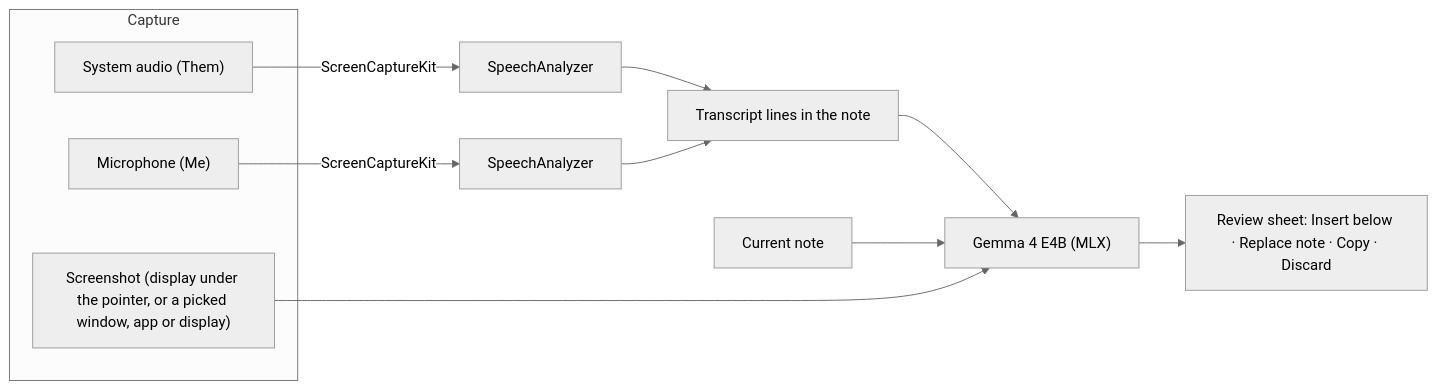
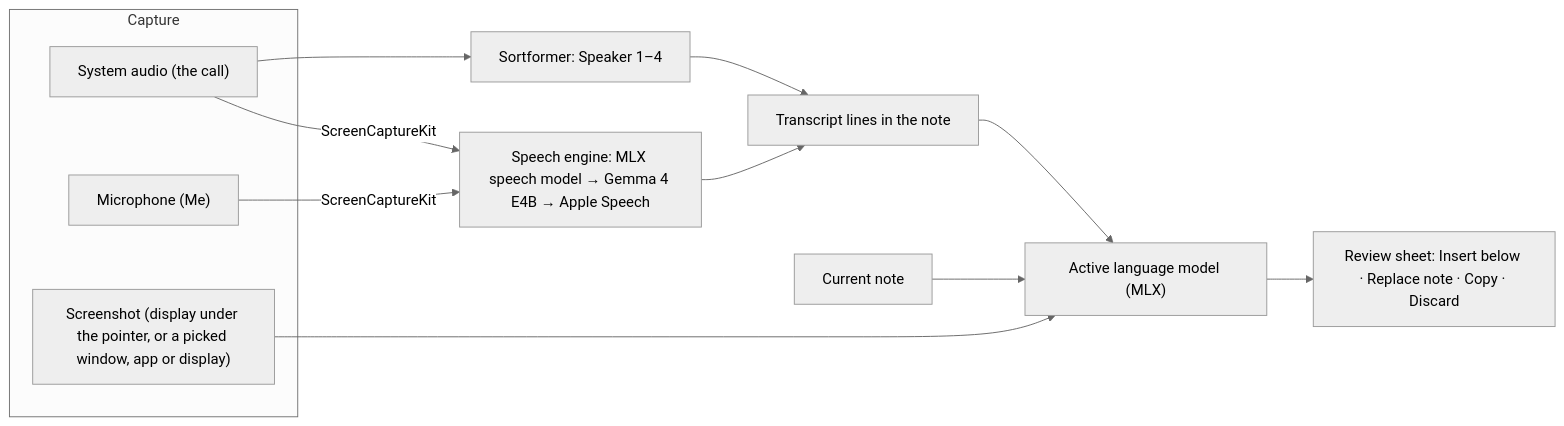
One commit to ItsReidar/brain-md changed the diagram in docs/local-ai.md. Above: the diagram before and after it, drawn with Mermaid (neutral theme). The commit also changed other lines of this file and 3 other files, not shown here.

Commit message:
docs: describe model catalog, speech engines and speaker labels

````diff
--- a/docs/local-ai.md
+++ b/docs/local-ai.md
@@ -5,16 +5,17 @@
 ```mermaid
 flowchart LR
   subgraph Capture
-    SYS["System audio (Them)"]
+    SYS["System audio (the call)"]
     MIC["Microphone (Me)"]
     SCR["Screenshot (display under the pointer, or a picked window, app or display)"]
   end
-  SYS -->|ScreenCaptureKit| SA1["SpeechAnalyzer"]
-  MIC -->|ScreenCaptureKit| SA2["SpeechAnalyzer"]
-  SA1 --> T["Transcript lines in the note"]
-  SA2 --> T
-  T --> G["Gemma 4 E4B (MLX)"]
+  SYS -->|ScreenCaptureKit| ENG["Speech engine: MLX speech model → Gemma 4 E4B → Apple Speech"]
+  MIC -->|ScreenCaptureKit| ENG
+  SYS --> DIA["Sortformer: Speaker 1–4"]
+  DIA --> T
+  ENG --> T["Transcript lines in the note"]
+  T --> G["Active language model (MLX)"]
   NOTE["Current note"] --> G
   SCR --> G
   G --> R["Review sheet: Insert below · Replace note · Copy · Discard"]
 ```
````
